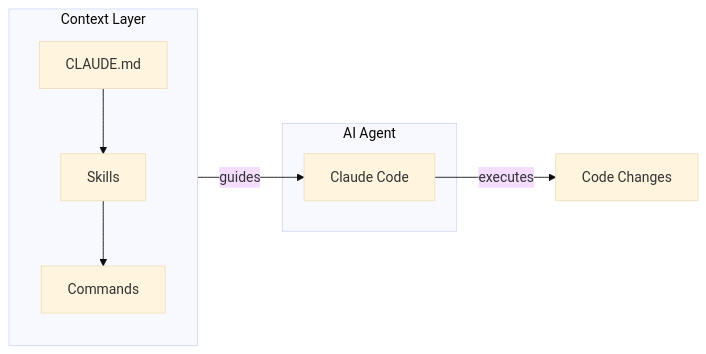
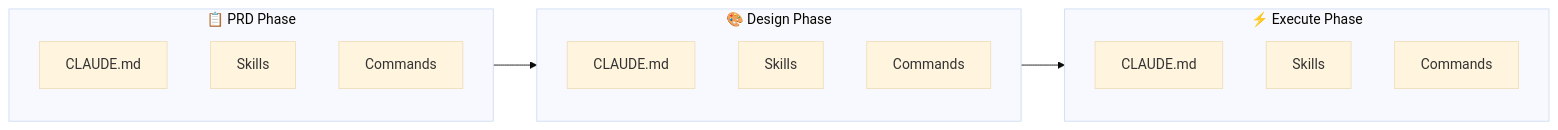
One commit to cliangdev/specflux changed the first of 4 diagrams in docs/ARCHITECTURE.md. Above: the diagram before and after it, drawn with Mermaid (base theme). The commit also changed other lines of this file, not shown here.

Commit message:
docs: revise AI-Assisted Development section
- Show typical development flow: PRD → Design → Execute
- Each phase uses same building blocks (CLAUDE.md, Skills, Commands)
- Less promotional, more educational
- Added example column to concepts table

🤖 Generated with [Claude Code](https://claude.com/claude-code)

````diff
--- a/docs/ARCHITECTURE.md
+++ b/docs/ARCHITECTURE.md
@@ -9,14 +9,22 @@
 ```mermaid
 flowchart LR
-    subgraph Context ["Context Layer"]
-        CLAUDE[CLAUDE.md] --> Skills[Skills]
-        Skills --> Commands[Commands]
+    subgraph PRD ["📋 PRD Phase"]
+        P1[CLAUDE.md]
+        P2[Skills]
+        P3[Commands]
     end
 
-    subgraph AI ["AI Agent"]
-        Agent[Claude Code]
+    subgraph Design ["🎨 Design Phase"]
+        D1[CLAUDE.md]
+        D2[Skills]
+        D3[Commands]
     end
 
-    Context -->|guides| Agent
-    Agent -->|executes| Code[Code Changes]
+    subgraph Execute ["⚡ Execute Phase"]
+        E1[CLAUDE.md]
+        E2[Skills]
+        E3[Commands]
+    end
+
+    PRD --> Design --> Execute
 ```
````
